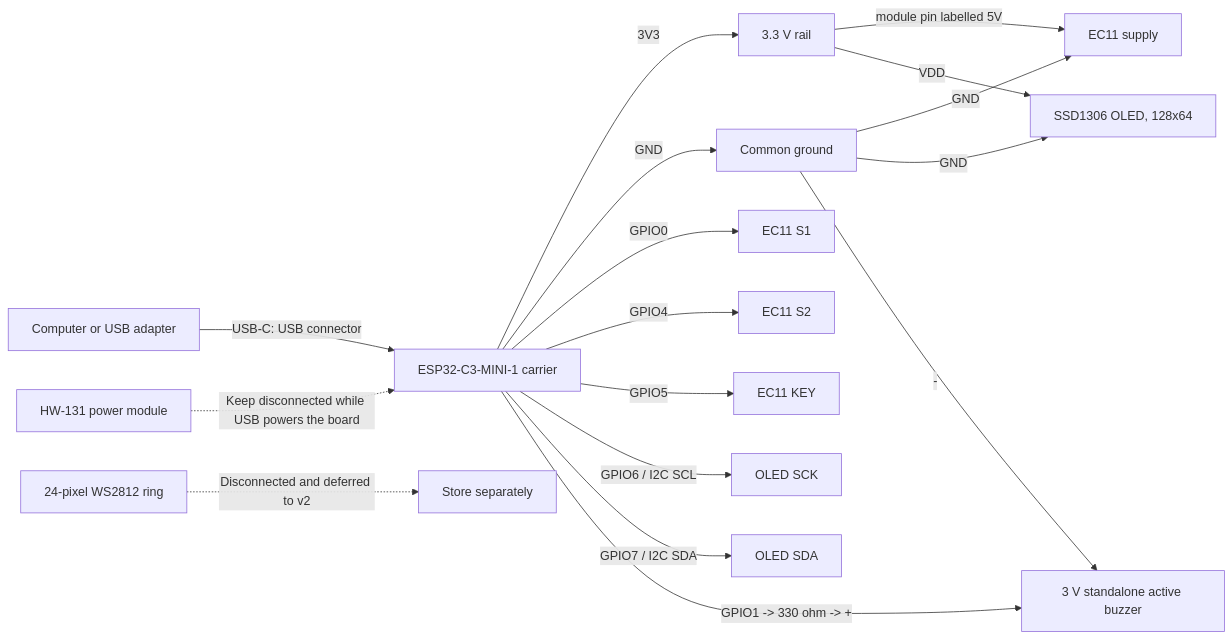
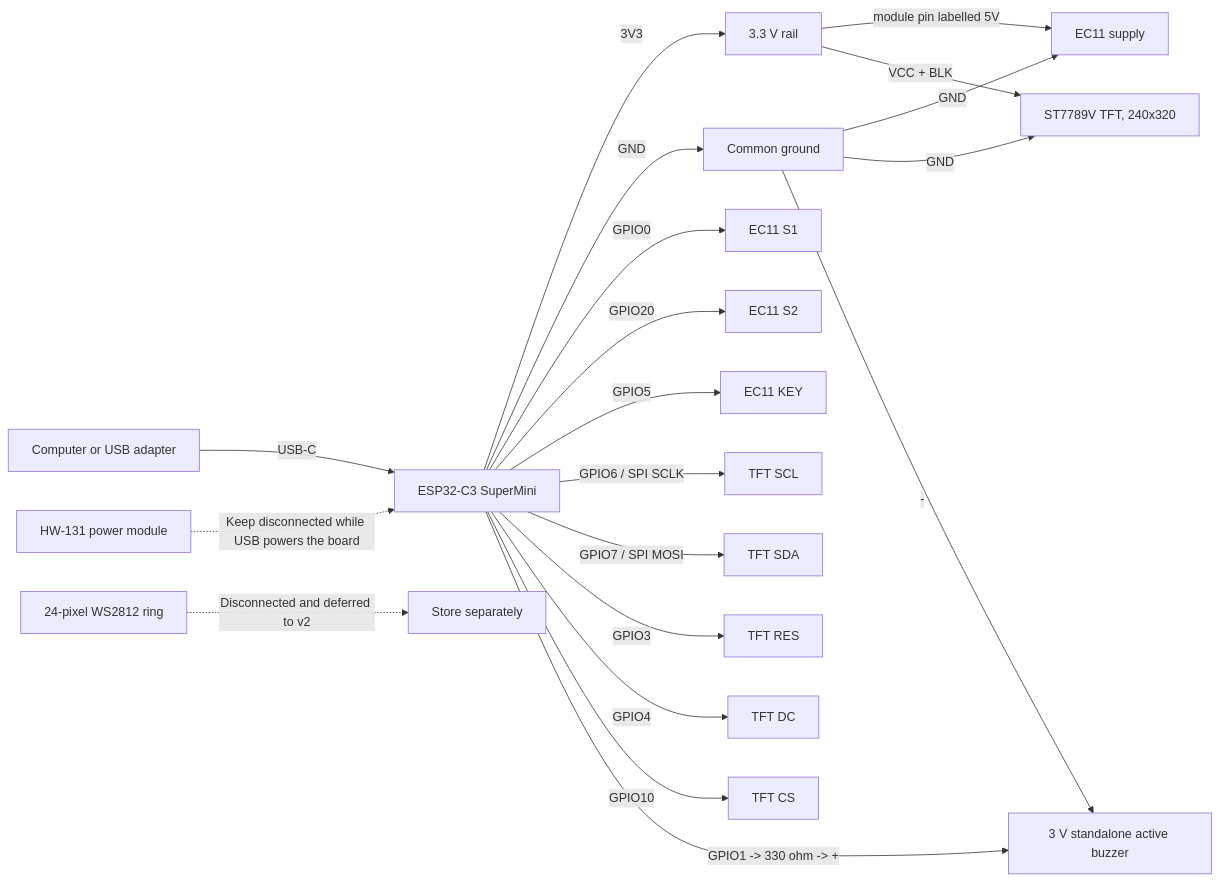
Before and after one commit to jarto666/focus-timer: the diagram in docs/wiring.md, drawn with Mermaid. The commit also changed other lines of this file and 14 other files, not shown here.

````diff
--- a/docs/wiring.md
+++ b/docs/wiring.md
@@ -10,23 +10,26 @@
 ```mermaid
 flowchart LR
-    USB["Computer or USB adapter"] -->|"USB-C: USB connector"| ESP["ESP32-C3-MINI-1 carrier"]
+    USB["Computer or USB adapter"] -->|"USB-C"| ESP["ESP32-C3 SuperMini"]
 
     ESP -->|"3V3"| V3["3.3 V rail"]
     ESP -->|"GND"| GND["Common ground"]
 
     ESP -->|"GPIO0"| S1["EC11 S1"]
-    ESP -->|"GPIO4"| S2["EC11 S2"]
+    ESP -->|"GPIO20"| S2["EC11 S2"]
     ESP -->|"GPIO5"| KEY["EC11 KEY"]
     V3 -->|"module pin labelled 5V"| ENC["EC11 supply"]
     GND -->|"GND"| ENC
 
-    ESP -->|"GPIO6 / I2C SCL"| SCK["OLED SCK"]
-    ESP -->|"GPIO7 / I2C SDA"| SDA["OLED SDA"]
-    V3 -->|"VDD"| OLED["SSD1306 OLED, 128x64"]
-    GND -->|"GND"| OLED
+    ESP -->|"GPIO6 / SPI SCLK"| SCK["TFT SCL"]
+    ESP -->|"GPIO7 / SPI MOSI"| SDA["TFT SDA"]
+    ESP -->|"GPIO3"| RES["TFT RES"]
+    ESP -->|"GPIO4"| DC["TFT DC"]
+    ESP -->|"GPIO10"| CS["TFT CS"]
+    V3 -->|"VCC + BLK"| TFT["ST7789V TFT, 240x320"]
+    GND -->|"GND"| TFT
 
     ESP -->|"GPIO1 -> 330 ohm -> +"| BUZZ["3 V standalone active buzzer"]
     GND -->|"-"| BUZZ
     RING["24-pixel WS2812 ring"] -.->|"Disconnected and deferred to v2"| STORAGE["Store separately"]
     OFF["HW-131 power module"] -.->|"Keep disconnected while USB powers the board"| ESP
 ```
````
